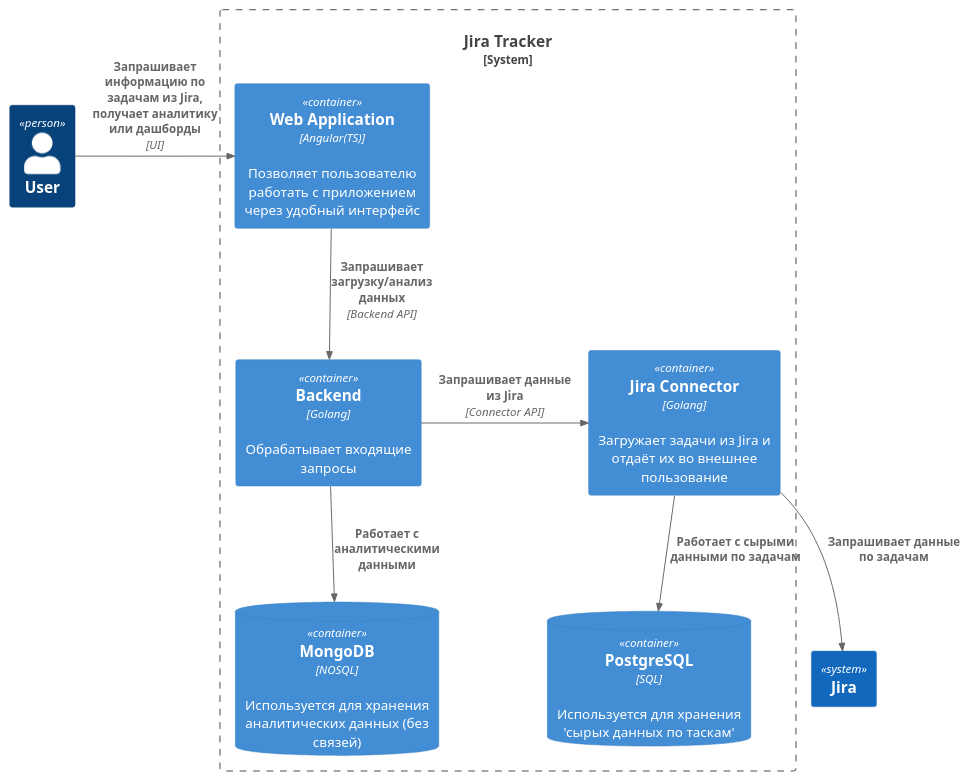
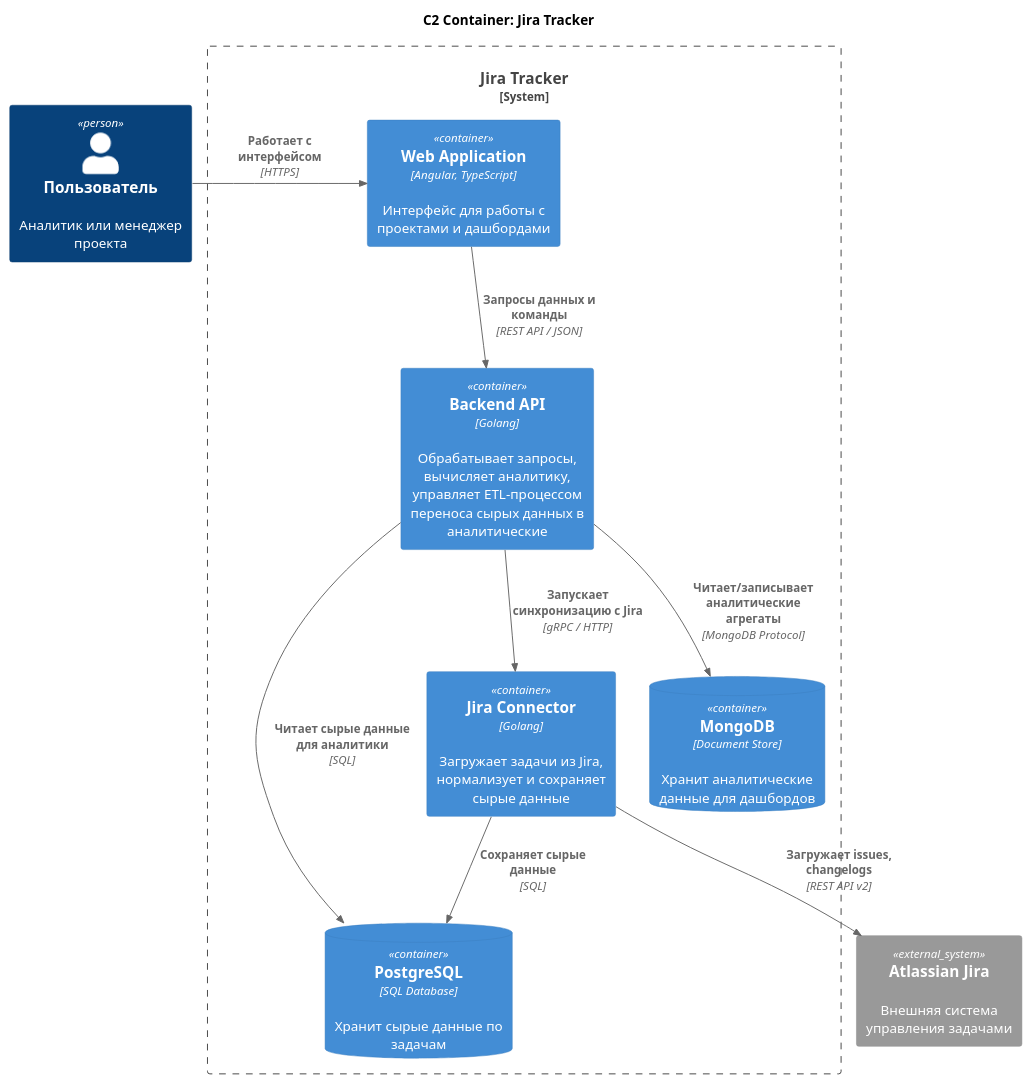
Before and after one commit to Go-Yadro-Group-1/docs: the diagram in German/C2/scheme.puml, drawn with PlantUML. The commit also changed 1 other file, not shown here.

```diff
--- a/German/C2/scheme.puml
+++ b/German/C2/scheme.puml
@@ -1,23 +1,32 @@
 @startuml
 !include https://raw.githubusercontent.com/plantuml-stdlib/C4-PlantUML/master/C4_Container.puml
 
-Person(userA, "User")
-System_Boundary(sysA, "Jira Tracker") {
-    Container(webapp, "Web Application", "Angular(TS)", "Позволяет пользователю работать с приложением через удобный интерфейс")
-    Container(servA, "Backend", "Golang", "Обрабатывает входящие запросы")
-    Container(servB, "Jira Connector", "Golang", "Загружает задачи из Jira и отдаёт их во внешнее пользование")
-    ContainerDb(dbA, "PostgreSQL", "SQL", "Используется для хранения 'сырых данных по таскам'")
-    ContainerDb(dbB, "MongoDB", "NOSQL", "Используется для хранения аналитических данных (без связей)")
+title C2 Container: Jira Tracker
+
+Person(user, "Пользователь", "Аналитик или менеджер проекта")
+
+System_Boundary(tracker, "Jira Tracker") {
+    Container(webapp, "Web Application", "Angular, TypeScript", "Интерфейс для работы с проектами и дашбордами")
+
+    Container(backend, "Backend API", "Golang", "Обрабатывает запросы, вычисляет аналитику, управляет ETL-процессом переноса сырых данных в аналитические")
+
+    Container(connector, "Jira Connector", "Golang", "Загружает задачи из Jira, нормализует и сохраняет сырые данные")
+
+    ContainerDb(postgres, "PostgreSQL", "SQL Database", "Хранит сырые данные по задачам")
+
+    ContainerDb(mongo, "MongoDB", "Document Store", "Хранит аналитические данные для дашбордов")
 }
 
-System(sysB, "Jira")
+System_Ext(jira, "Atlassian Jira", "Внешняя система управления задачами")
 
-Rel_R(userA, webapp, "Запрашивает информацию по задачам из Jira, получает аналитику или дашборды", "UI")
-Rel(webapp, servA, "Запрашивает загрузку/анализ данных", "Backend API")
-Rel_R(servA, servB, "Запрашивает данные из Jira", "Connector API")
-Rel(servA, dbB, "Работает с аналитическими данными")
-Rel(servB, dbA, "Работает с сырыми данными по задачам")
+Rel_R(user, webapp, "Работает с интерфейсом", "HTTPS")
+Rel(webapp, backend, "Запросы данных и команды", "REST API / JSON")
 
-Rel(servB, sysB, "Запрашивает данные по задачам")
+Rel(backend, connector, "Запускает синхронизацию с Jira", "gRPC / HTTP")
+Rel(backend, postgres, "Читает сырые данные для аналитики", "SQL")
+Rel(backend, mongo, "Читает/записывает аналитические агрегаты", "MongoDB Protocol")
+
+Rel(connector, jira, "Загружает issues, changelogs", "REST API v2")
+Rel(connector, postgres, "Сохраняет сырые данные", "SQL")
 
 @enduml
```
